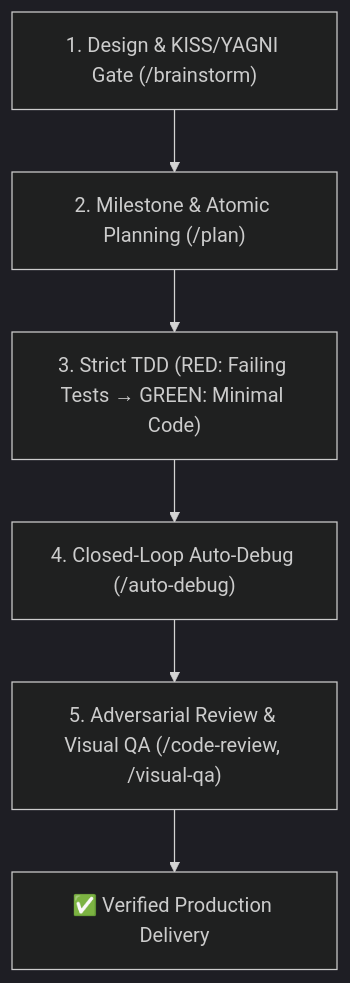
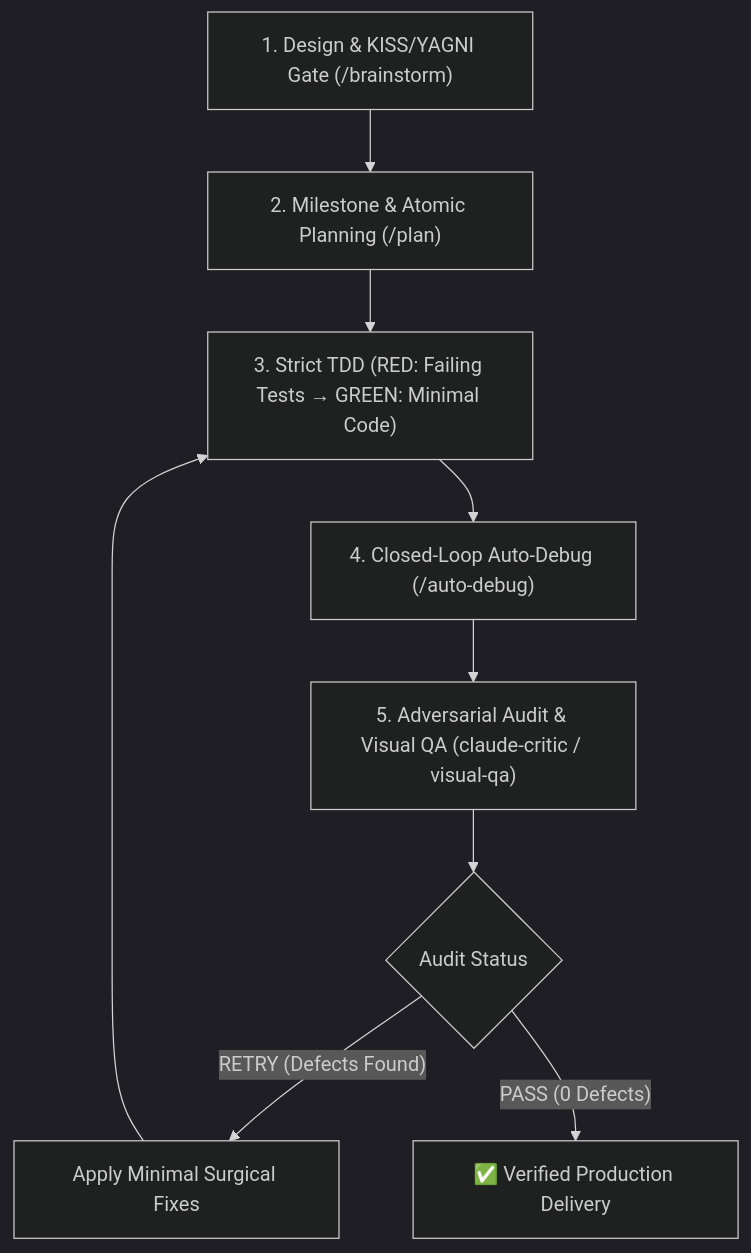
The diagram in skills/opus-dev/SKILL.md (pubule/antigravity-dev-suite), drawn with Mermaid (dark theme) before and after one commit. The commit also changed other lines of this file and 16 other files, not shown here.

````diff
--- a/skills/opus-dev/SKILL.md
+++ b/skills/opus-dev/SKILL.md
@@ -14,8 +14,11 @@
 ```mermaid
 flowchart TD
     P1["1. Design & KISS/YAGNI Gate (/brainstorm)"] --> P2["2. Milestone & Atomic Planning (/plan)"]
     P2 --> P3["3. Strict TDD (RED: Failing Tests → GREEN: Minimal Code)"]
     P3 --> P4["4. Closed-Loop Auto-Debug (/auto-debug)"]
-    P4 --> P5["5. Adversarial Review & Visual QA (/code-review, /visual-qa)"]
-    P5 --> Done["✅ Verified Production Delivery"]
+    P4 --> P5["5. Adversarial Audit & Visual QA (claude-critic / visual-qa)"]
+    P5 --> CheckPass{"Audit Status"}
+    CheckPass -- "RETRY (Defects Found)" --> SurgicalFix["Apply Minimal Surgical Fixes"]
+    SurgicalFix --> P3
+    CheckPass -- "PASS (0 Defects)" --> Done["✅ Verified Production Delivery"]
 ```
````
